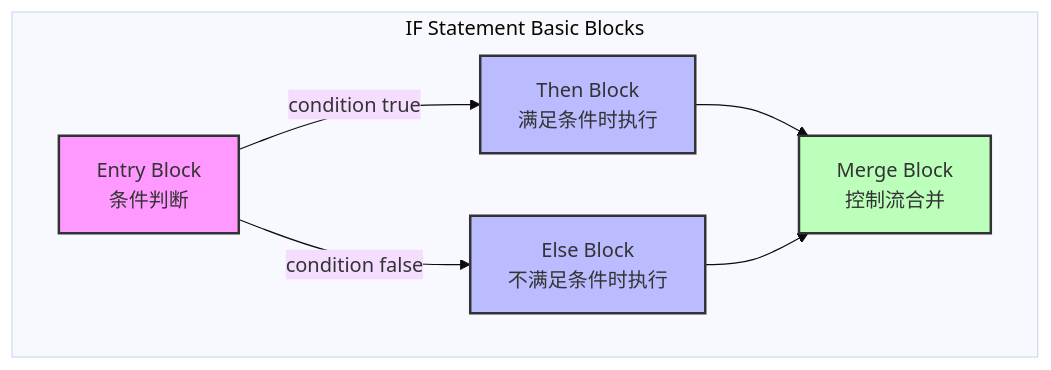
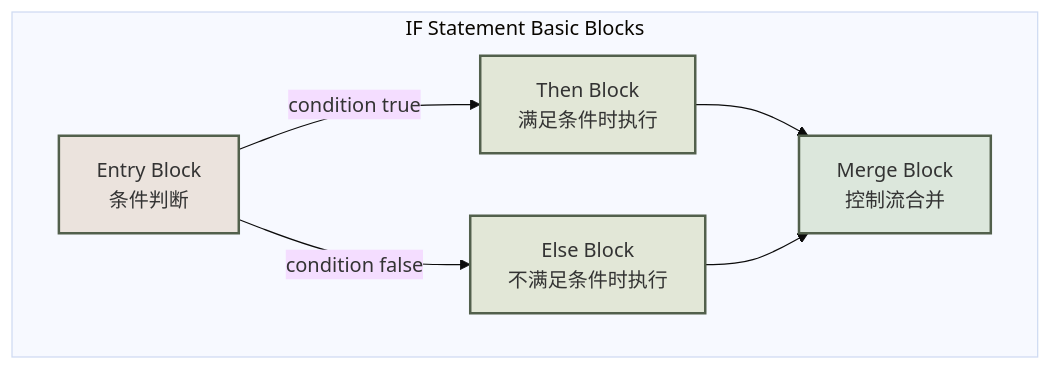
One commit to yaklang/ssa.to changed diagram 13 of 22 in static-analysis-guide/ssa-for-advanced-language.mdx. Above: the diagram before and after it, drawn with Mermaid (base theme). The commit also changed other lines of this file and 91 other files, not shown here.

````diff
--- a/static-analysis-guide/ssa-for-advanced-language.mdx
+++ b/static-analysis-guide/ssa-for-advanced-language.mdx
@@ -1418,14 +1426,14 @@
 ```mermaid
 graph TB
     subgraph IF Statement Basic Blocks
         A[Entry Block<br>条件判断] -->|condition true| B[Then Block<br>满足条件时执行]
         A -->|condition false| C[Else Block<br>不满足条件时执行]
         B --> D[Merge Block<br>控制流合并]
         C --> D
     end
     
-    style A fill:#f9f,stroke:#333,stroke-width:2px
-    style B fill:#bbf,stroke:#333,stroke-width:2px
-    style C fill:#bbf,stroke:#333,stroke-width:2px
-    style D fill:#bfb,stroke:#333,stroke-width:2px
+    style A fill:#ebe3dd,stroke:#52604c,stroke-width:2px
+    style B fill:#e2e7d7,stroke:#52604c,stroke-width:2px
+    style C fill:#e2e7d7,stroke:#52604c,stroke-width:2px
+    style D fill:#dce7dc,stroke:#52604c,stroke-width:2px
 ```
````
